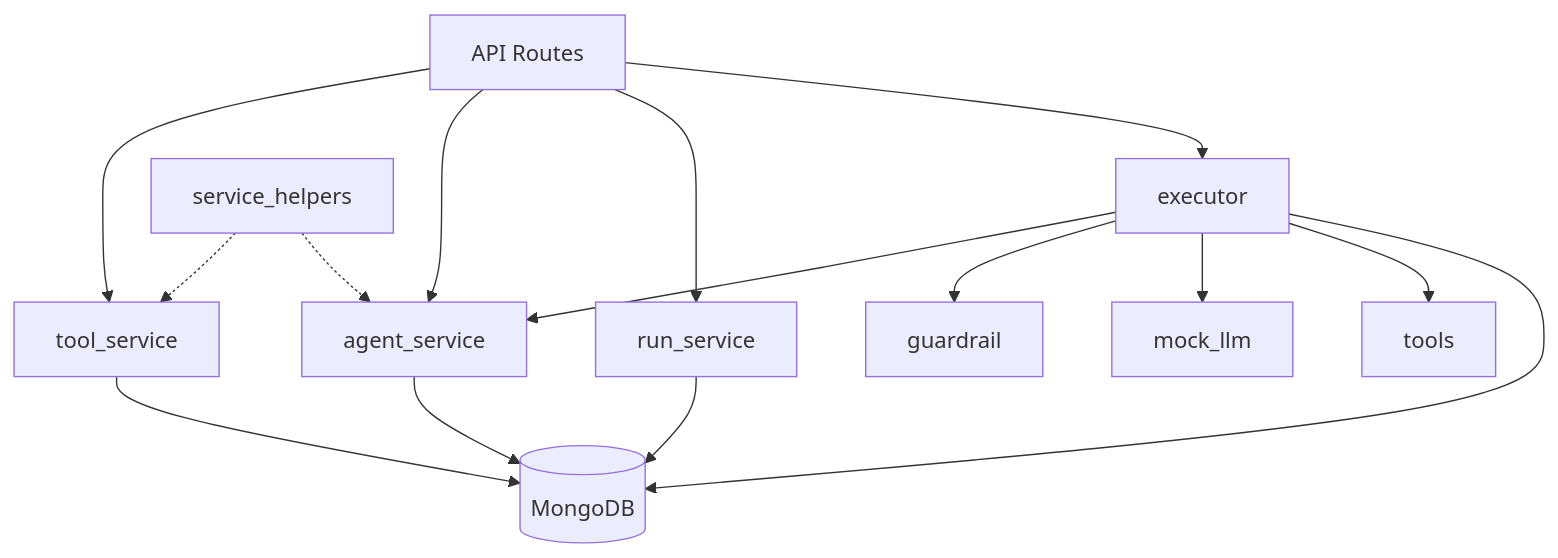
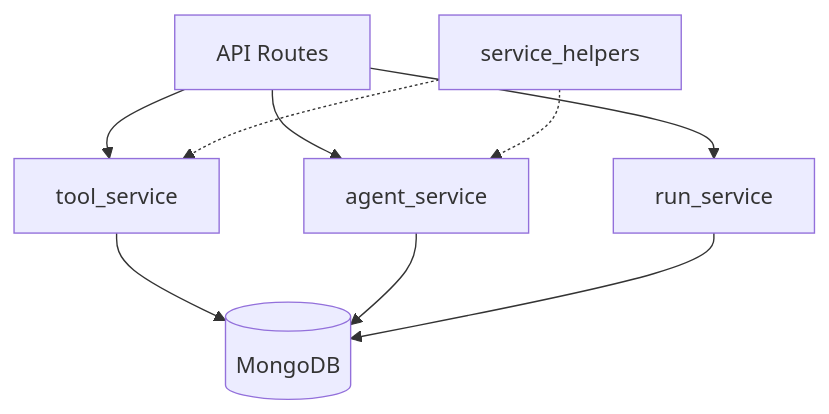
Before and after one commit to EladAriel/mini-agent-platform: the first of 9 diagrams in docs/services.md, drawn with Mermaid. The commit also changed other lines of this file and 53 other files, not shown here.

````diff
--- a/docs/services.md
+++ b/docs/services.md
@@ -26,20 +36,8 @@
 ```mermaid
 flowchart TD
-    API[API Routes]
-
-    API --> TS[tool_service]
+    API[API Routes] --> TS[tool_service]
     API --> AS[agent_service]
     API --> RS[run_service]
-    API --> EX[executor]
-
     TS & AS & RS --> DB[(MongoDB)]
-
-    EX --> AS
-    EX --> GR[guardrail]
-    EX --> LLM[mock_llm]
-    EX --> TL[tools]
-    EX --> DB
-
-    SH[service_helpers] -.-> TS
-    SH -.-> AS
+    SH[service_helpers] -.-> TS & AS
 ```
````
